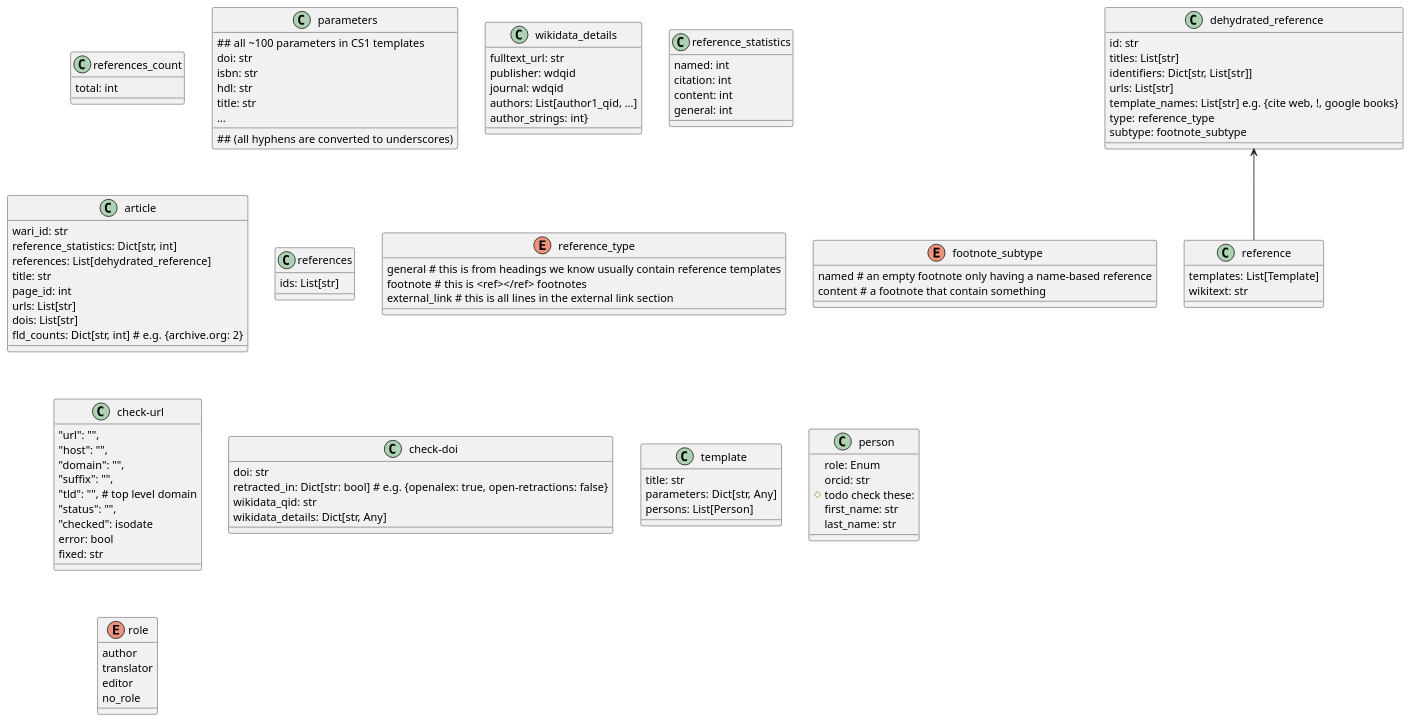
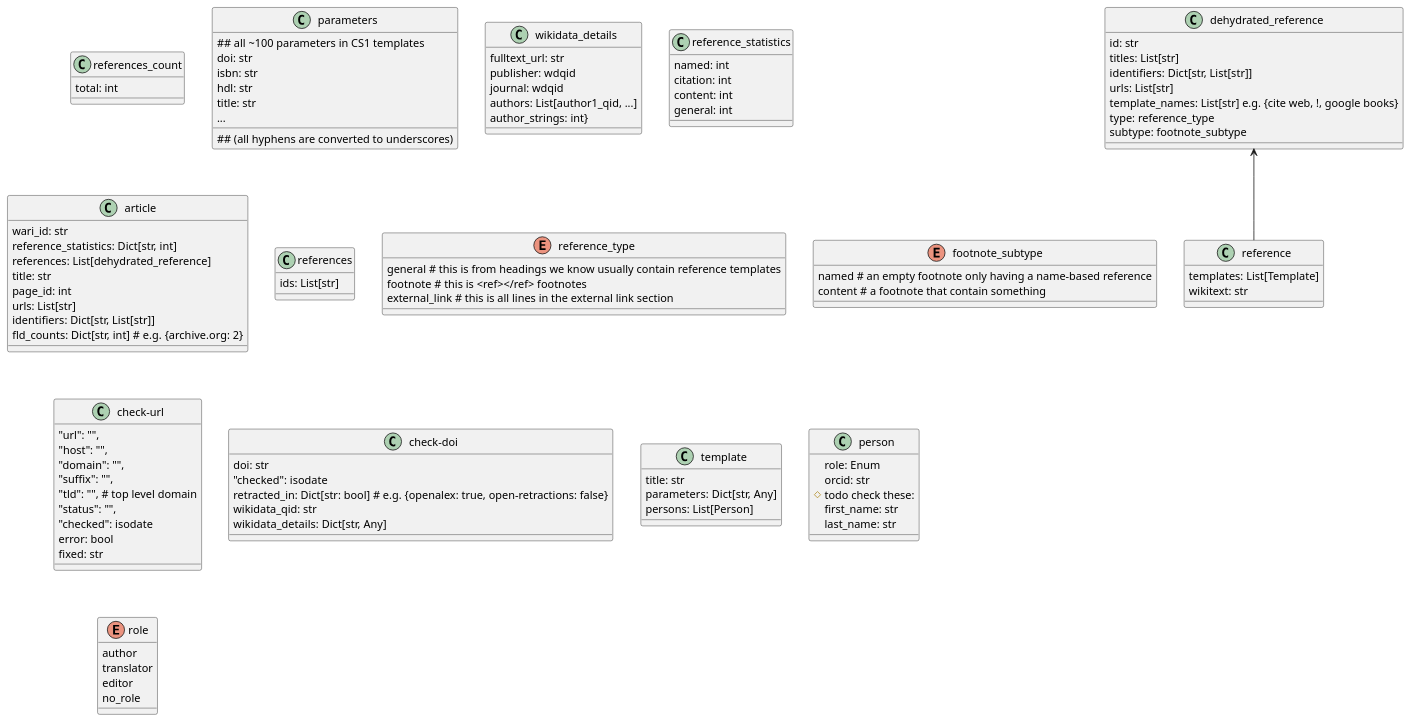
Before and after one commit to internetarchive/iari: the diagram in diagrams/wari/classes.puml, drawn with PlantUML.

Commit message:
chore: Update the WARI classes.puml

```diff
--- a/diagrams/wari/classes.puml
+++ b/diagrams/wari/classes.puml
@@ -1,102 +1,103 @@
 @startuml
 'https://plantuml.com/class-diagram
 
 class references_count{
 total: int
 }
 class parameters{
 ## all ~100 parameters in CS1 templates
 ## (all hyphens are converted to underscores)
 doi: str
 isbn: str
 hdl: str
 title: str
 ...
 }
 class wikidata_details{
 fulltext_url: str
 publisher: wdqid
 journal: wdqid
 authors: List[author1_qid, ...]
 author_strings: int}
 }
 
 class reference_statistics{
 named: int
 citation: int
 content: int
 general: int
 
 }
 class article{
 wari_id: str
 reference_statistics: Dict[str, int]
 references: List[dehydrated_reference]
 title: str
 page_id: int
 urls: List[str]
-dois: List[str]
+identifiers: Dict[str, List[str]]
 fld_counts: Dict[str, int] # e.g. {archive.org: 2}
 }
 class references{
 ids: List[str]
 }
 class reference{
 templates: List[Template]
 wikitext: str
 }
 enum reference_type{
 general # this is from headings we know usually contain reference templates
 footnote # this is <ref></ref> footnotes
 external_link # this is all lines in the external link section
 }
 enum footnote_subtype{
 named # an empty footnote only having a name-based reference
 content # a footnote that contain something
 }
 class dehydrated_reference {
 id: str
 titles: List[str]
 identifiers: Dict[str, List[str]]
 urls: List[str]
 template_names: List[str] e.g. {cite web, !, google books}
 type: reference_type
 subtype: footnote_subtype
 }
 dehydrated_reference <-- reference
 class check-url{
 "url": "",
 "host": "",
 "domain": "",
 "suffix": "",
 "tld": "", # top level domain
 "status": "",
 "checked": isodate
 error: bool
 fixed: str
 }
 class check-doi{
 doi: str
+"checked": isodate
 retracted_in: Dict[str: bool] # e.g. {openalex: true, open-retractions: false}
 wikidata_qid: str
 wikidata_details: Dict[str, Any]
 }
 class template{
 title: str
 parameters: Dict[str, Any]
 persons: List[Person]
 }
 class person{
 role: Enum
 orcid: str
 # todo check these:
 first_name: str
 last_name: str
 }
 enum role{
 author
 translator
 editor
 no_role
 }
 @enduml
```
